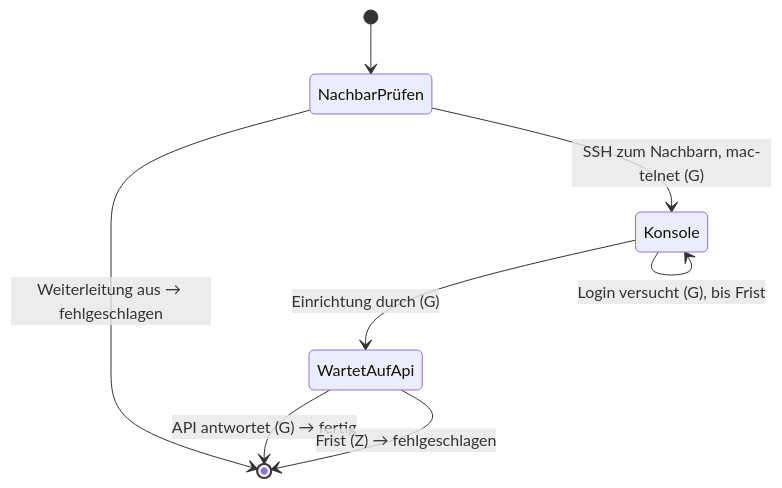
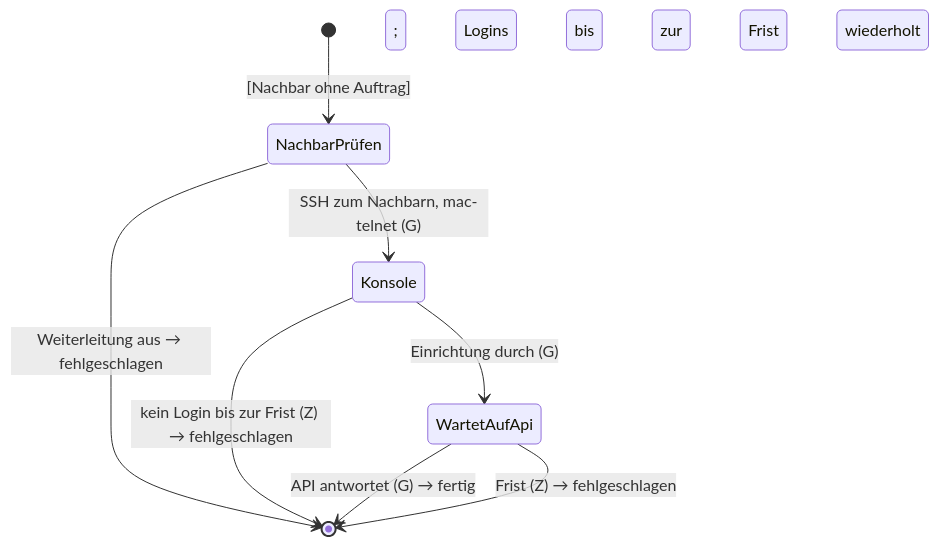
Before and after one commit to koa/netbox-provisioner: the eighth of 10 diagrams in docs/concepts/device-state.md, drawn with Mermaid. The commit also changed other lines of this file and 12 other files, not shown here.

````diff
--- a/docs/concepts/device-state.md
+++ b/docs/concepts/device-state.md
@@ -425,10 +441,10 @@
 ```mermaid
 stateDiagram-v2
-    [*] --> NachbarPrüfen
+    [*] --> NachbarPrüfen: [Nachbar ohne Auftrag]
     NachbarPrüfen --> [*]: Weiterleitung aus → fehlgeschlagen
     NachbarPrüfen --> Konsole: SSH zum Nachbarn, mac-telnet (G)
-    Konsole --> Konsole: Login versucht (G), bis Frist
-    Konsole --> WartetAufApi: Einrichtung durch (G)
+    Konsole --> WartetAufApi: Einrichtung durch (G); Logins bis zur Frist wiederholt
+    Konsole --> [*]: kein Login bis zur Frist (Z) → fehlgeschlagen
     WartetAufApi --> [*]: API antwortet (G) → fertig
     WartetAufApi --> [*]: Frist (Z) → fehlgeschlagen
 ```
````
